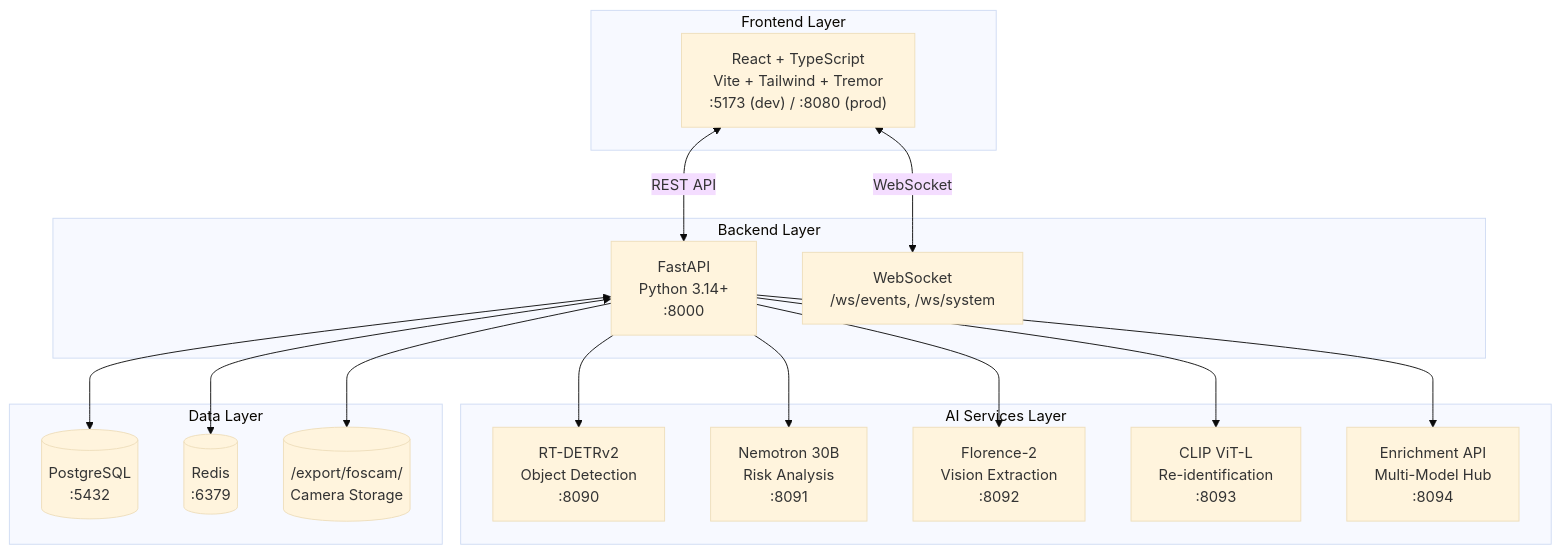
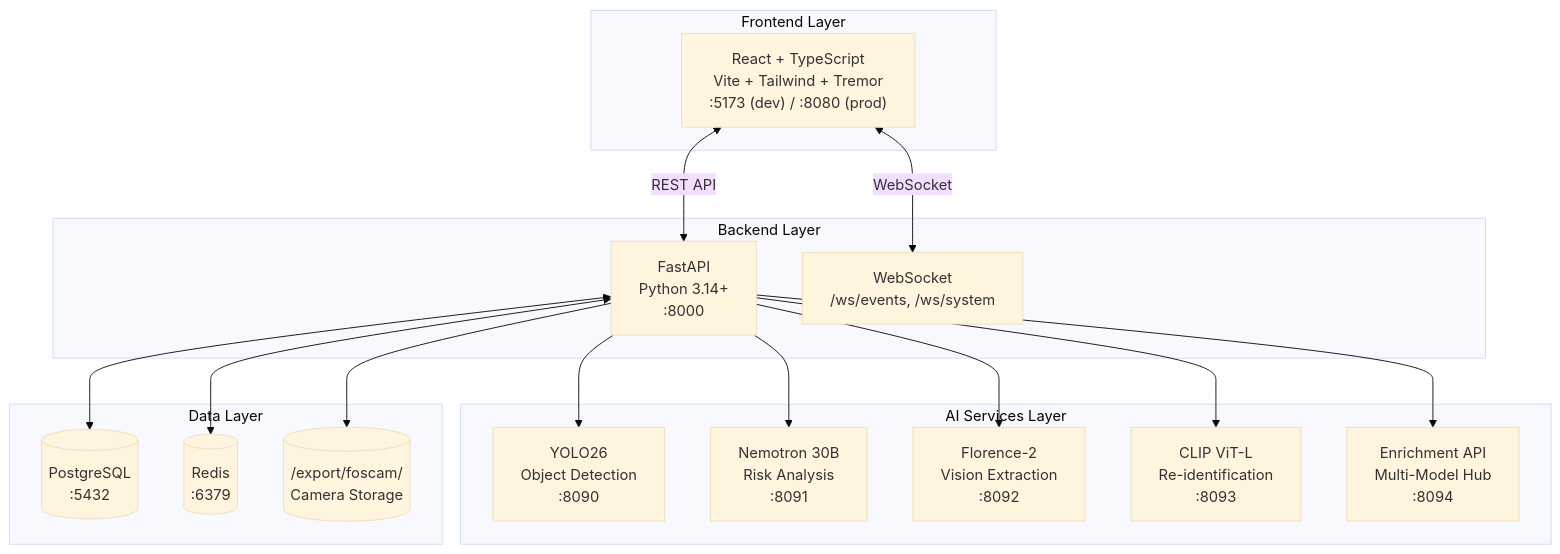
One commit to mikesvoboda/nemotron-v3-home-security-intelligence changed the first of 2 diagrams in docs/architecture/system-overview/README.md. Above: the diagram before and after it, drawn with Mermaid (base theme). The commit also changed other lines of this file and 474 other files, not shown here.

````diff
--- a/docs/architecture/system-overview/README.md
+++ b/docs/architecture/system-overview/README.md
@@ -13,36 +13,36 @@
 ```mermaid
 flowchart TB
     subgraph Frontend["Frontend Layer"]
         FE["React + TypeScript<br/>Vite + Tailwind + Tremor<br/>:5173 (dev) / :8080 (prod)"]
     end
 
     subgraph Backend["Backend Layer"]
         BE["FastAPI<br/>Python 3.14+<br/>:8000"]
         WS["WebSocket<br/>/ws/events, /ws/system"]
     end
 
     subgraph AI["AI Services Layer"]
-        DET["RT-DETRv2<br/>Object Detection<br/>:8090"]
+        DET["YOLO26<br/>Object Detection<br/>:8090"]
         LLM["Nemotron 30B<br/>Risk Analysis<br/>:8091"]
         FLO["Florence-2<br/>Vision Extraction<br/>:8092"]
         CLIP["CLIP ViT-L<br/>Re-identification<br/>:8093"]
         ENR["Enrichment API<br/>Multi-Model Hub<br/>:8094"]
     end
 
     subgraph Data["Data Layer"]
         PG[(PostgreSQL<br/>:5432)]
         RD[(Redis<br/>:6379)]
         FS[("/export/foscam/<br/>Camera Storage")]
     end
 
     FE <-->|REST API| BE
     FE <-->|WebSocket| WS
     BE --> DET
     BE --> LLM
     BE --> FLO
     BE --> CLIP
     BE --> ENR
     BE <--> PG
     BE <--> RD
     BE --> FS
 ```
````
